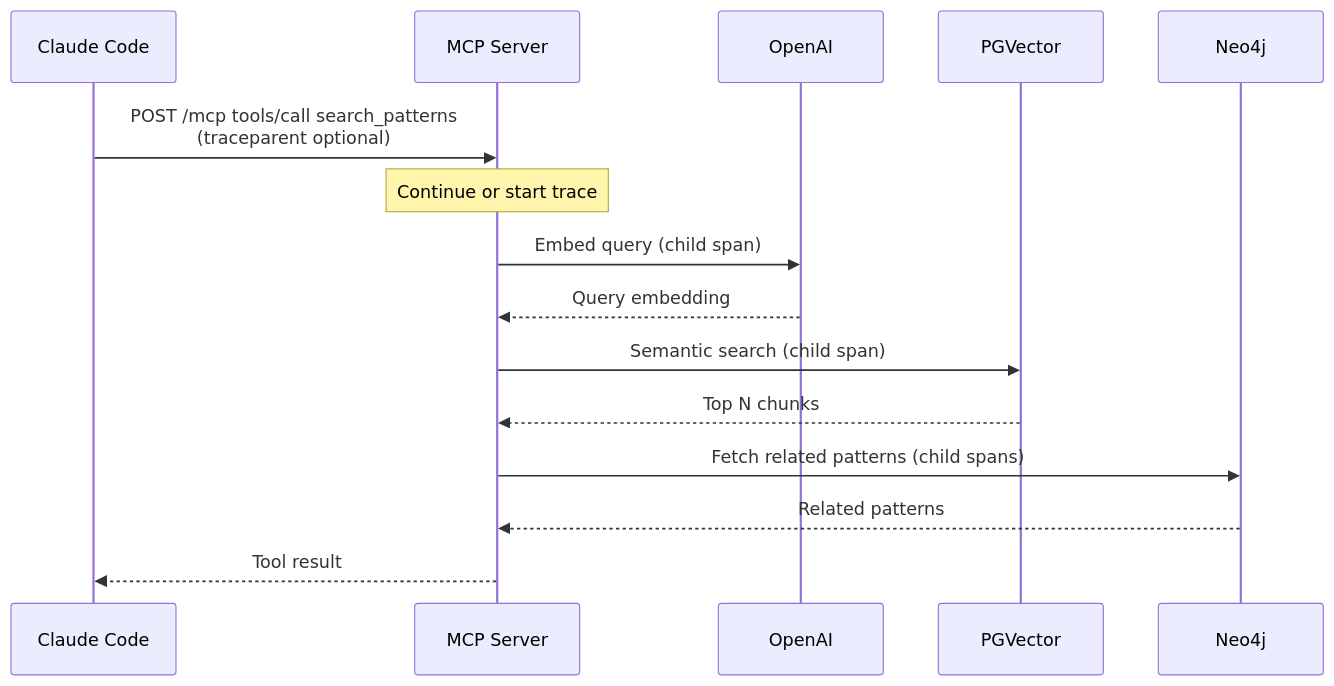
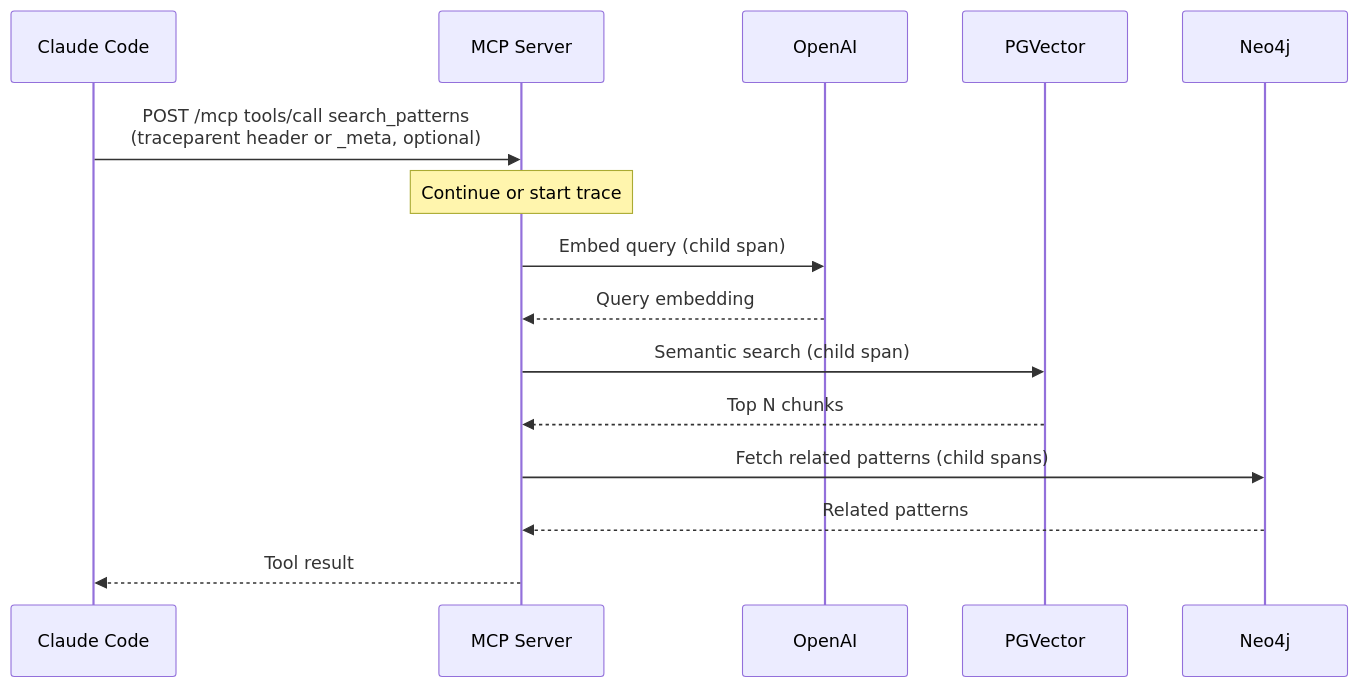
One commit to twistingmercury/mnemonic-docs changed the second of 4 diagrams in docs/architecture/system/07-observability-architecture.md. Above: the diagram before and after it, drawn with Mermaid. The commit also changed other lines of this file and 3 other files, not shown here.

````diff
--- a/docs/architecture/system/07-observability-architecture.md
+++ b/docs/architecture/system/07-observability-architecture.md
@@ -182,18 +182,18 @@
 ```mermaid
 sequenceDiagram
     participant CC as Claude Code
     participant MCP as MCP Server
     participant OAI as OpenAI
     participant PGV as PGVector
     participant NEO as Neo4j
 
-    CC->>MCP: POST /mcp tools/call search_patterns<br/>(traceparent optional)
+    CC->>MCP: POST /mcp tools/call search_patterns<br/>(traceparent header or _meta, optional)
     Note over MCP: Continue or start trace
     MCP->>OAI: Embed query (child span)
     OAI-->>MCP: Query embedding
     MCP->>PGV: Semantic search (child span)
     PGV-->>MCP: Top N chunks
     MCP->>NEO: Fetch related patterns (child spans)
     NEO-->>MCP: Related patterns
     MCP-->>CC: Tool result
 ```
````
